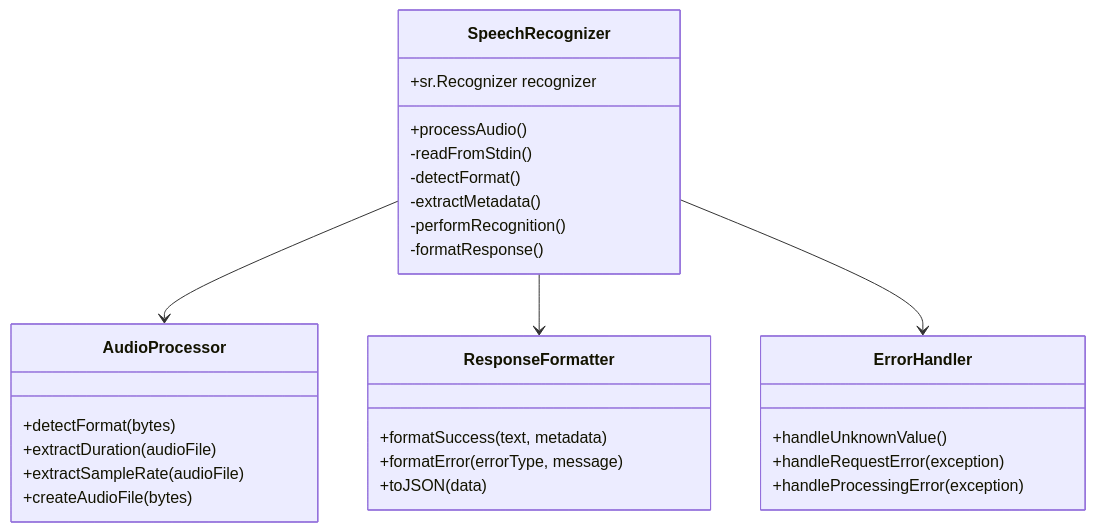
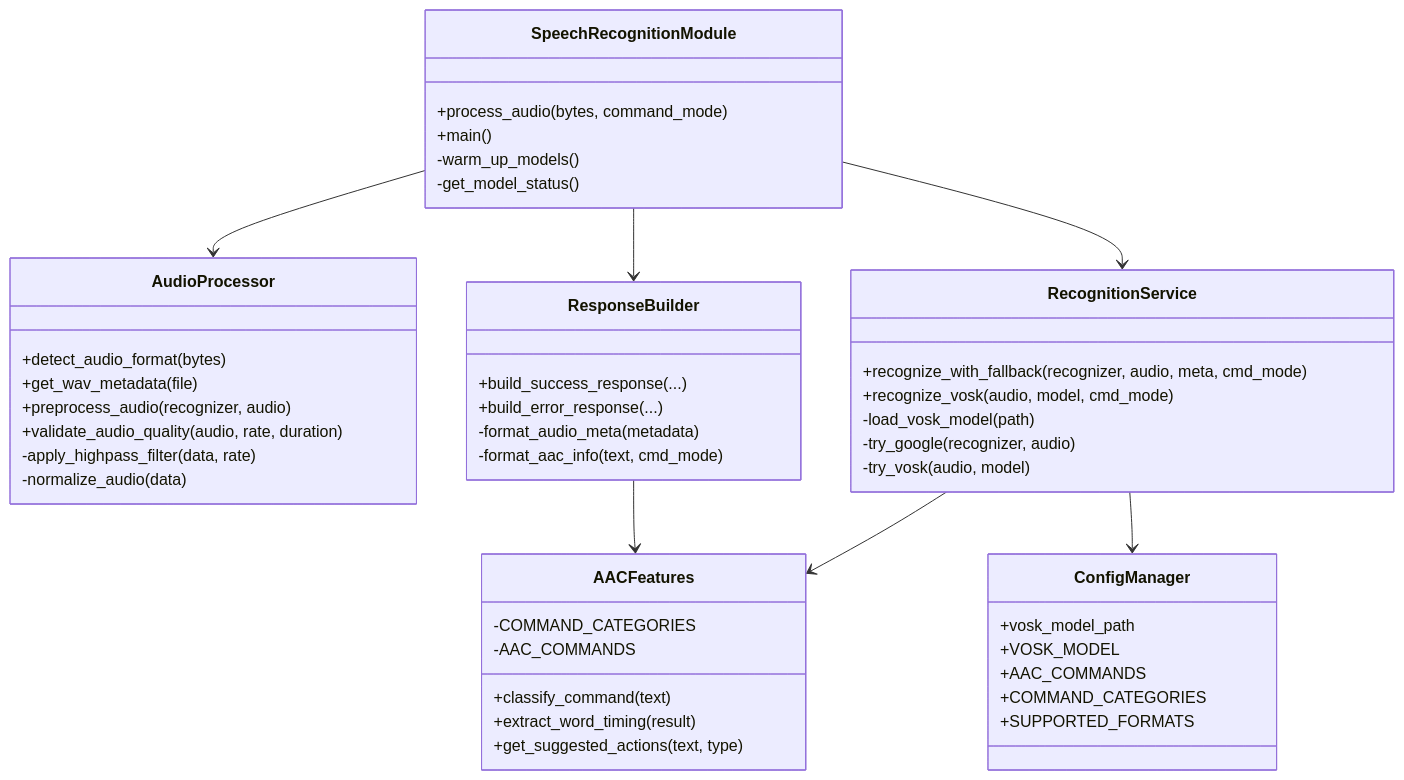
The sixth of 7 diagrams in documentation/docs/system-architecture/design.md (Capstone-Projects-2025-Fall/project-002-aac-api), drawn with Mermaid before and after one commit. The commit also changed other lines of this file, not shown here.

First line of the commit message:
updated design architecture

````diff
--- a/documentation/docs/system-architecture/design.md
+++ b/documentation/docs/system-architecture/design.md
@@ -377,35 +605,56 @@
 ```mermaid
 classDiagram
-    class SpeechRecognizer {
-        +sr.Recognizer recognizer
-        +processAudio()
-        -readFromStdin()
-        -detectFormat()
-        -extractMetadata()
-        -performRecognition()
-        -formatResponse()
+    class SpeechRecognitionModule {
+        +process_audio(bytes, command_mode)
+        +main()
+        -warm_up_models()
+        -get_model_status()
     }
     
     class AudioProcessor {
-        +detectFormat(bytes)
-        +extractDuration(audioFile)
-        +extractSampleRate(audioFile)
-        +createAudioFile(bytes)
+        +detect_audio_format(bytes)
+        +get_wav_metadata(file)
+        +preprocess_audio(recognizer, audio)
+        +validate_audio_quality(audio, rate, duration)
+        -apply_highpass_filter(data, rate)
+        -normalize_audio(data)
     }
     
-    class ResponseFormatter {
-        +formatSuccess(text, metadata)
-        +formatError(errorType, message)
-        +toJSON(data)
+    class RecognitionService {
+        +recognize_with_fallback(recognizer, audio, meta, cmd_mode)
+        +recognize_vosk(audio, model, cmd_mode)
+        -load_vosk_model(path)
+        -try_google(recognizer, audio)
+        -try_vosk(audio, model)
     }
     
-    class ErrorHandler {
-        +handleUnknownValue()
-        +handleRequestError(exception)
-        +handleProcessingError(exception)
+    class AACFeatures {
+        +classify_command(text)
+        +extract_word_timing(result)
+        +get_suggested_actions(text, type)
+        -COMMAND_CATEGORIES
+        -AAC_COMMANDS
     }
     
-    SpeechRecognizer --> AudioProcessor
-    SpeechRecognizer --> ResponseFormatter
-    SpeechRecognizer --> ErrorHandler
+    class ResponseBuilder {
+        +build_success_response(...)
+        +build_error_response(...)
+        -format_audio_meta(metadata)
+        -format_aac_info(text, cmd_mode)
+    }
+    
+    class ConfigManager {
+        +vosk_model_path
+        +VOSK_MODEL
+        +AAC_COMMANDS
+        +COMMAND_CATEGORIES
+        +SUPPORTED_FORMATS
+    }
+    
+    SpeechRecognitionModule --> AudioProcessor
+    SpeechRecognitionModule --> RecognitionService
+    SpeechRecognitionModule --> ResponseBuilder
+    RecognitionService --> AACFeatures
+    RecognitionService --> ConfigManager
+    ResponseBuilder --> AACFeatures
 ```
````
